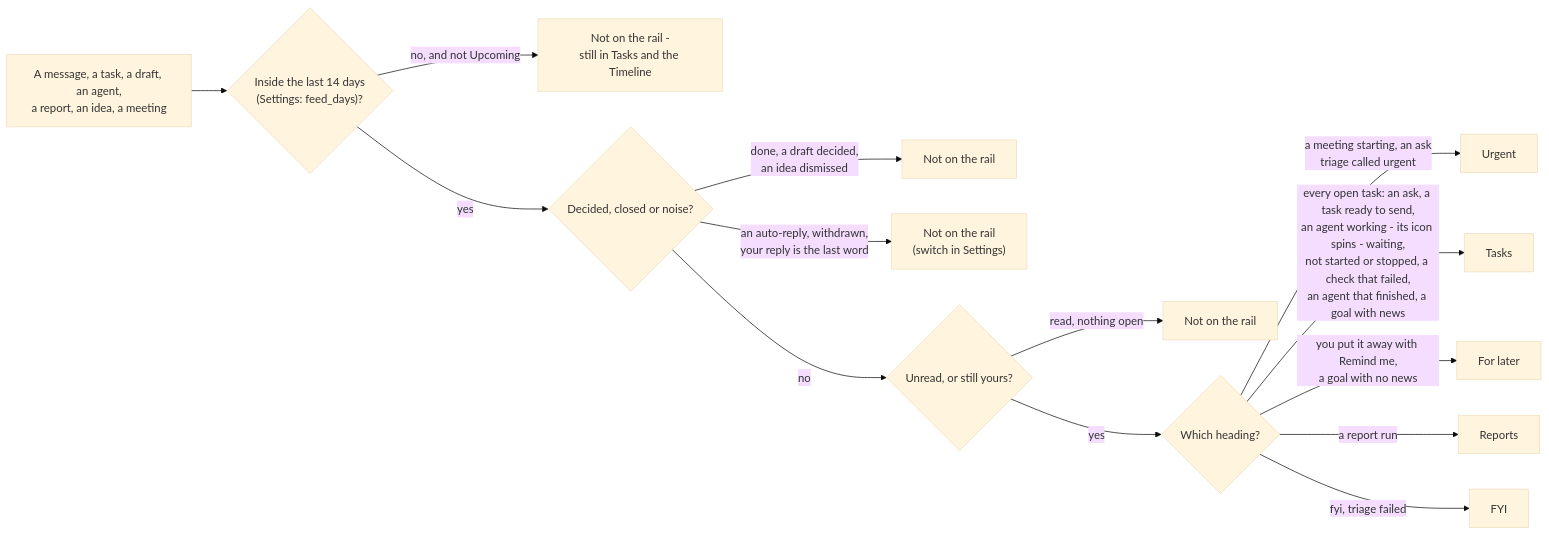
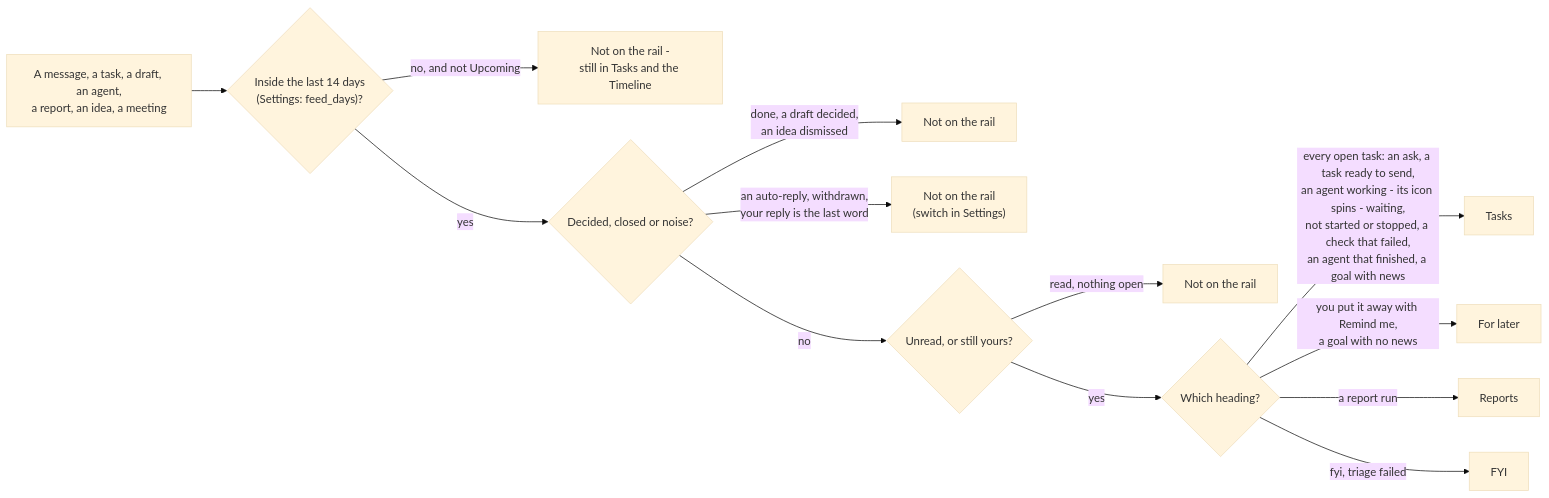
Before and after one commit to ldbumble/taskuary: the first of 2 diagrams in docs/work-rail.md, drawn with Mermaid (base theme). The commit also changed 30 other files, not shown here.

````diff
--- a/docs/work-rail.md
+++ b/docs/work-rail.md
@@ -10,16 +10,15 @@
 ```mermaid
 flowchart LR
   I["A message, a task, a draft, an agent,<br/>a report, an idea, a meeting"] --> W{"Inside the last 14 days<br/>(Settings: feed_days)?"}
   W -->|no, and not Upcoming| X["Not on the rail -<br/>still in Tasks and the Timeline"]
   W -->|yes| D{"Decided, closed or noise?"}
   D -->|done, a draft decided,<br/>an idea dismissed| X2["Not on the rail"]
   D -->|an auto-reply, withdrawn,<br/>your reply is the last word| X3["Not on the rail<br/>(switch in Settings)"]
   D -->|no| U{"Unread, or still yours?"}
   U -->|read, nothing open| X4["Not on the rail"]
   U -->|yes| B{"Which heading?"}
-  B -->|a meeting starting, an ask<br/>triage called urgent| B1["Urgent"]
   B -->|every open task: an ask, a task ready to send,<br/>an agent working - its icon spins - waiting,<br/>not started or stopped, a check that failed,<br/>an agent that finished, a goal with news| B2["Tasks"]
   B -->|you put it away with Remind me,<br/>a goal with no news| B5["For later"]
   B -->|a report run| B3["Reports"]
   B -->|fyi, triage failed| B4["FYI"]
 ```
````
